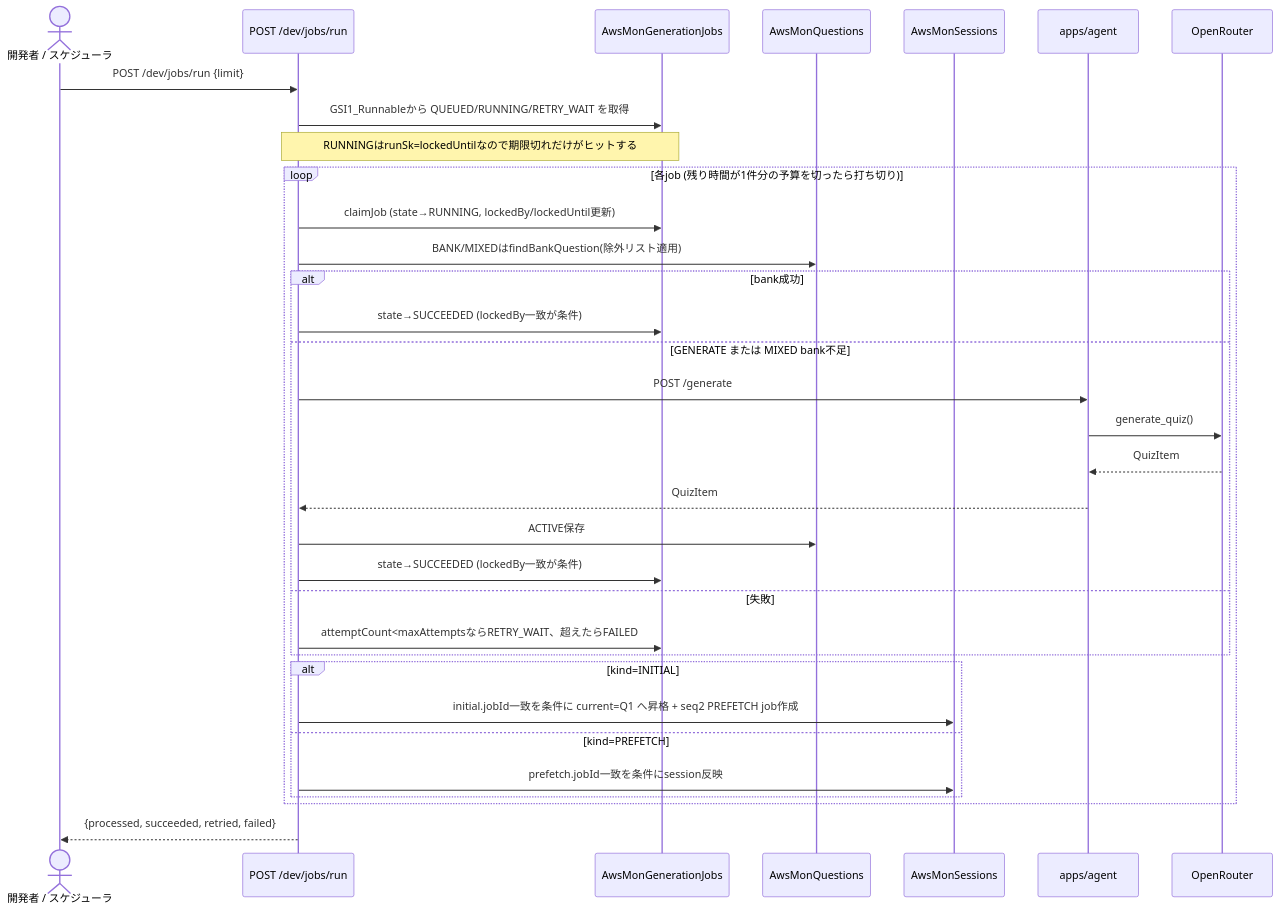
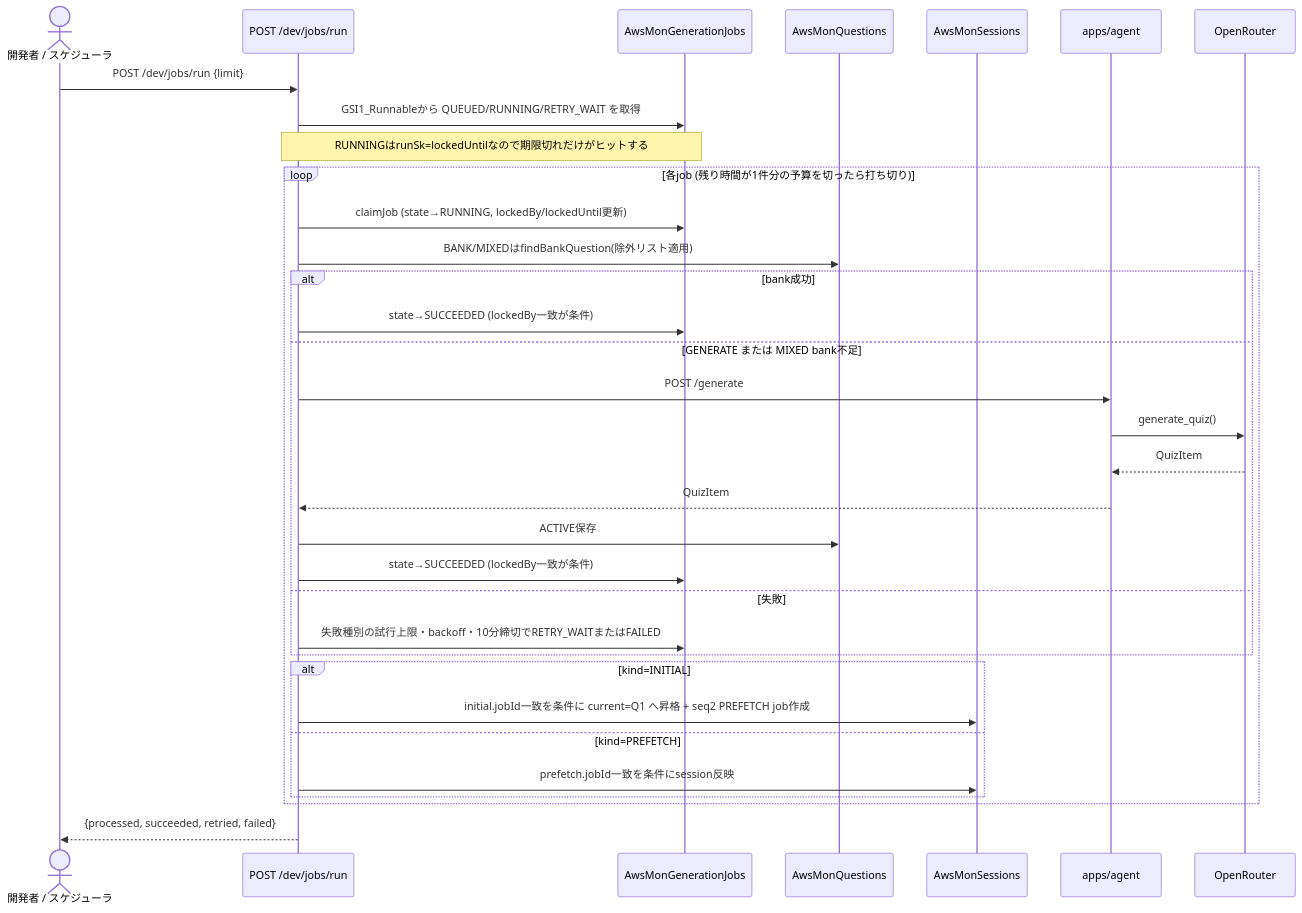
The fourth of 4 diagrams in docs/architecture.md (yuyumama/AWS-MON), drawn with Mermaid before and after one commit. The commit also changed other lines of this file and 7 other files, not shown here.

````diff
--- a/docs/architecture.md
+++ b/docs/architecture.md
@@ -176,36 +176,36 @@
 ```mermaid
 sequenceDiagram
     actor Dev as 開発者 / スケジューラ
     participant API as POST /dev/jobs/run
     participant J as AwsMonGenerationJobs
     participant Q as AwsMonQuestions
     participant S as AwsMonSessions
     participant Agent as apps/agent
     participant LLM as OpenRouter
 
     Dev->>API: POST /dev/jobs/run {limit}
     API->>J: GSI1_Runnableから QUEUED/RUNNING/RETRY_WAIT を取得
     Note over API,J: RUNNINGはrunSk=lockedUntilなので期限切れだけがヒットする
     loop 各job (残り時間が1件分の予算を切ったら打ち切り)
         API->>J: claimJob (state→RUNNING, lockedBy/lockedUntil更新)
         API->>Q: BANK/MIXEDはfindBankQuestion(除外リスト適用)
         alt bank成功
             API->>J: state→SUCCEEDED (lockedBy一致が条件)
         else GENERATE または MIXED bank不足
             API->>Agent: POST /generate
             Agent->>LLM: generate_quiz()
             LLM-->>Agent: QuizItem
             Agent-->>API: QuizItem
             API->>Q: ACTIVE保存
             API->>J: state→SUCCEEDED (lockedBy一致が条件)
         else 失敗
-            API->>J: attemptCount<maxAttemptsならRETRY_WAIT、超えたらFAILED
+            API->>J: 失敗種別の試行上限・backoff・10分締切でRETRY_WAITまたはFAILED
         end
         alt kind=INITIAL
             API->>S: initial.jobId一致を条件に current=Q1 へ昇格 + seq2 PREFETCH job作成
         else kind=PREFETCH
             API->>S: prefetch.jobId一致を条件にsession反映
         end
     end
     API-->>Dev: {processed, succeeded, retried, failed}
 ```
````
